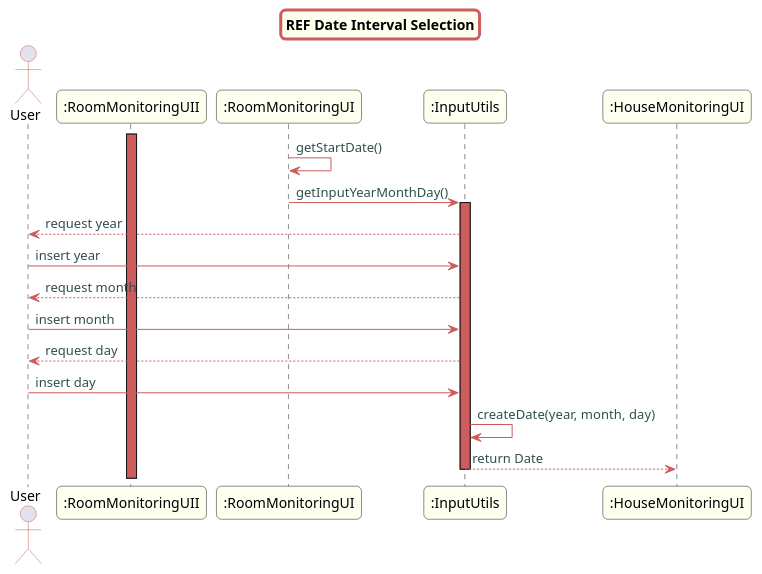
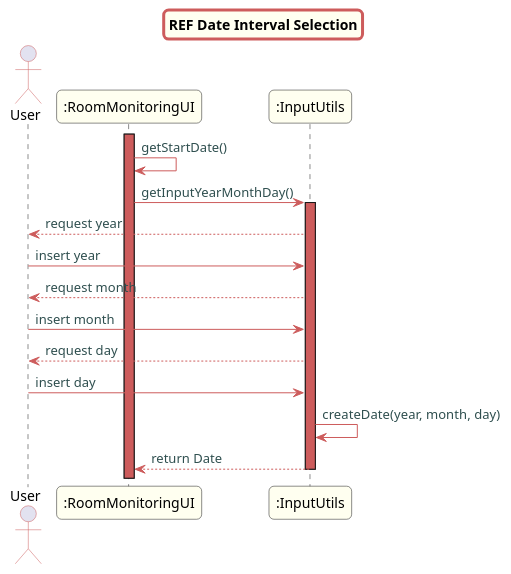
Before and after one commit to Almadanmp/project: the diagram in src/doc/Controllers/RoomMonitoring/US440/US440_sd_REF_selectDateInterval.puml, drawn with PlantUML. The commit also changed 3 other files, not shown here.

Commit message:
REF #261 updates US 440 REF diagrams

```diff
--- a/src/doc/Controllers/RoomMonitoring/US440/US440_sd_REF_selectDateInterval.puml
+++ b/src/doc/Controllers/RoomMonitoring/US440/US440_sd_REF_selectDateInterval.puml
@@ -1,45 +1,44 @@
 @startuml
 skinparam titleBorderRoundCorner 10
 skinparam titleBorderThickness 3
 skinparam titleBorderColor indianred
 skinparam titleBackgroundColor ivory
 skinparam FontName quicksand
 
 skinparam actor {
   BorderColor indianred
   }
 
 skinparam sequence {
   LifeLineBackgroundColor indianred
   ParticipantBackgroundColor ivory
 }
 
 skinparam roundcorner 10
 
 skinparam component {
   arrowThickness 1
   ArrowFontName Verdana
   ArrowColor indianred
   ArrowFontColor darkslategrey
 }
 
 title REF Date Interval Selection
 
 actor User
 
-activate ":RoomMonitoringUII"
+activate ":RoomMonitoringUI"
 ":RoomMonitoringUI" -> ":RoomMonitoringUI": getStartDate()
 ":RoomMonitoringUI" -> ":InputUtils": getInputYearMonthDay()
 activate ":InputUtils"
 ":InputUtils" --> User: request year
 User -> ":InputUtils": insert year
 ":InputUtils" --> User: request month
 User -> ":InputUtils": insert month
 ":InputUtils" --> User: request day
 User -> ":InputUtils": insert day
 ":InputUtils" -> ":InputUtils": createDate(year, month, day)
-":InputUtils" --> ":HouseMonitoringUI": return Date
+":InputUtils" --> ":RoomMonitoringUI": return Date
 deactivate ":InputUtils"
 deactivate User
-deactivate ":HouseMonitoringUI"
 @enduml
```
